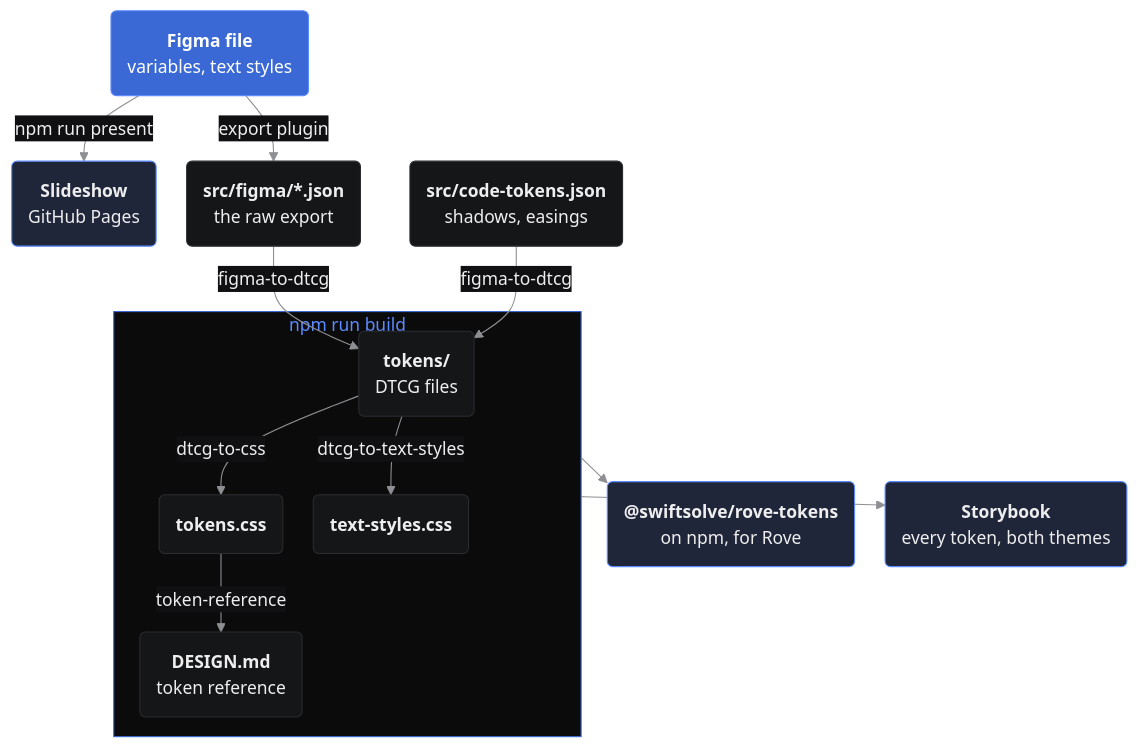
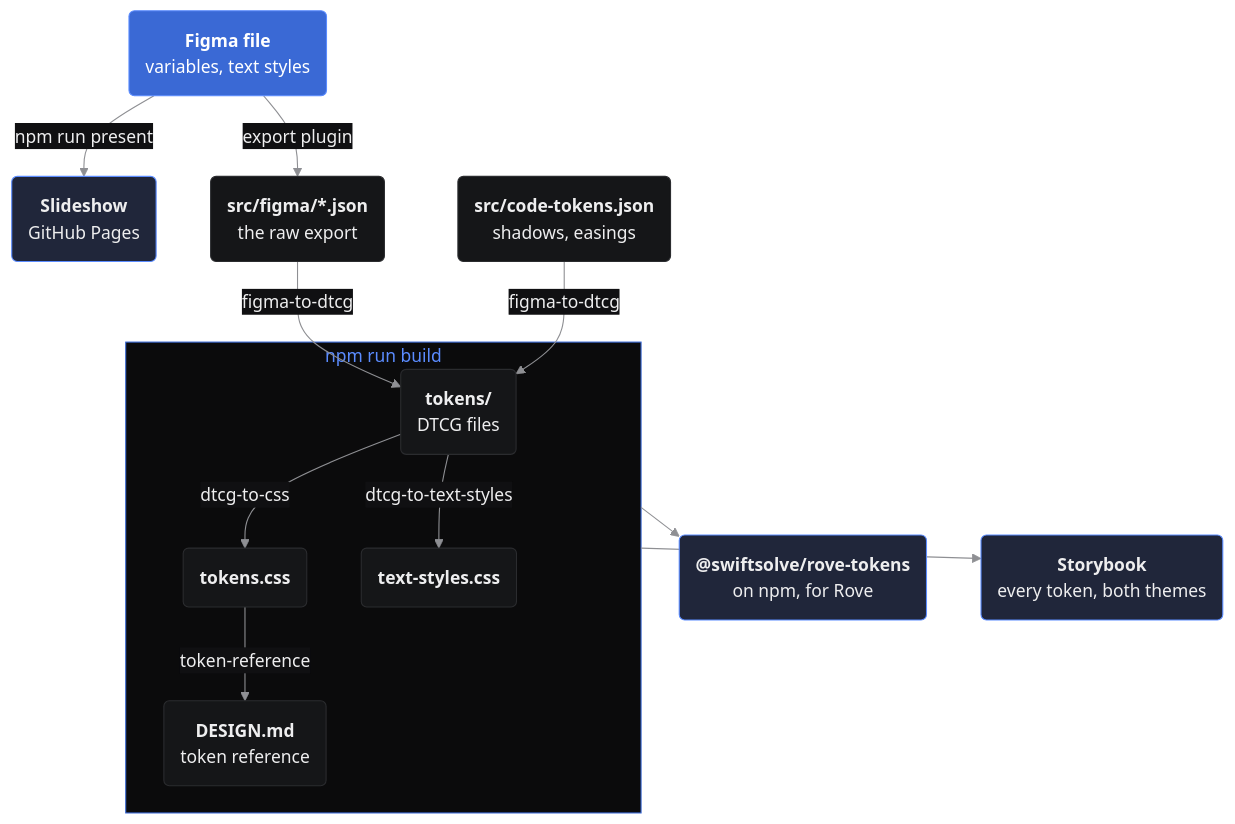
The diagram in README.md (swiftsolve/rove-tokens), drawn with Mermaid before and after one commit.

Commit message:
docs: chart without layout overrides

````diff
--- a/README.md
+++ b/README.md
@@ -38,30 +38,30 @@
 ```mermaid
-%%{init: {"theme": "base", "themeVariables": {"primaryColor": "#151618", "primaryTextColor": "#eeeeef", "primaryBorderColor": "#2b2c2f", "lineColor": "#8e8f93", "textColor": "#8e8f93", "edgeLabelBackground": "#101012", "clusterBkg": "#0b0b0c", "clusterBorder": "#3a69d5", "titleColor": "#5b8cff"}, "flowchart": {"curve": "basis", "nodeSpacing": 28, "rankSpacing": 36}}}%%
+%%{init: {"theme": "base", "themeVariables": {"primaryColor": "#151618", "primaryTextColor": "#eeeeef", "primaryBorderColor": "#2b2c2f", "lineColor": "#8e8f93", "textColor": "#8e8f93", "edgeLabelBackground": "#101012", "clusterBkg": "#0b0b0c", "clusterBorder": "#3a69d5", "titleColor": "#5b8cff"}}}%%
 flowchart TD
   figma("<b>Figma file</b><br/>variables, text styles"):::source
   slides("<b>Slideshow</b><br/>GitHub Pages"):::ship
   exports("<b>src/figma/*.json</b><br/>the raw export"):::file
   code("<b>src/code-tokens.json</b><br/>shadows, easings"):::file
 
   subgraph build ["npm run build"]
     dtcg("<b>tokens/</b><br/>DTCG files"):::file
     css("<b>tokens.css</b>"):::file
     textCss("<b>text-styles.css</b>"):::file
     design("<b>DESIGN.md</b><br/>token reference"):::file
   end
 
   pkg("<b>@swiftsolve/rove-tokens</b><br/>on npm, for Rove"):::ship
   storybook("<b>Storybook</b><br/>every token, both themes"):::ship
 
   figma -- "export plugin" --> exports
   figma -- "npm run present" --> slides
   exports & code -- "figma-to-dtcg" --> dtcg
   dtcg -- "dtcg-to-css" --> css
   dtcg -- "dtcg-to-text-styles" --> textCss
   css -- "token-reference" --> design
   build --> pkg & storybook
 
   classDef source fill:#3a69d5,stroke:#5b8cff,color:#ffffff
   classDef file fill:#151618,stroke:#2b2c2f,color:#eeeeef
   classDef ship fill:#20263a,stroke:#5b8cff,color:#eeeeef
 ```
````
